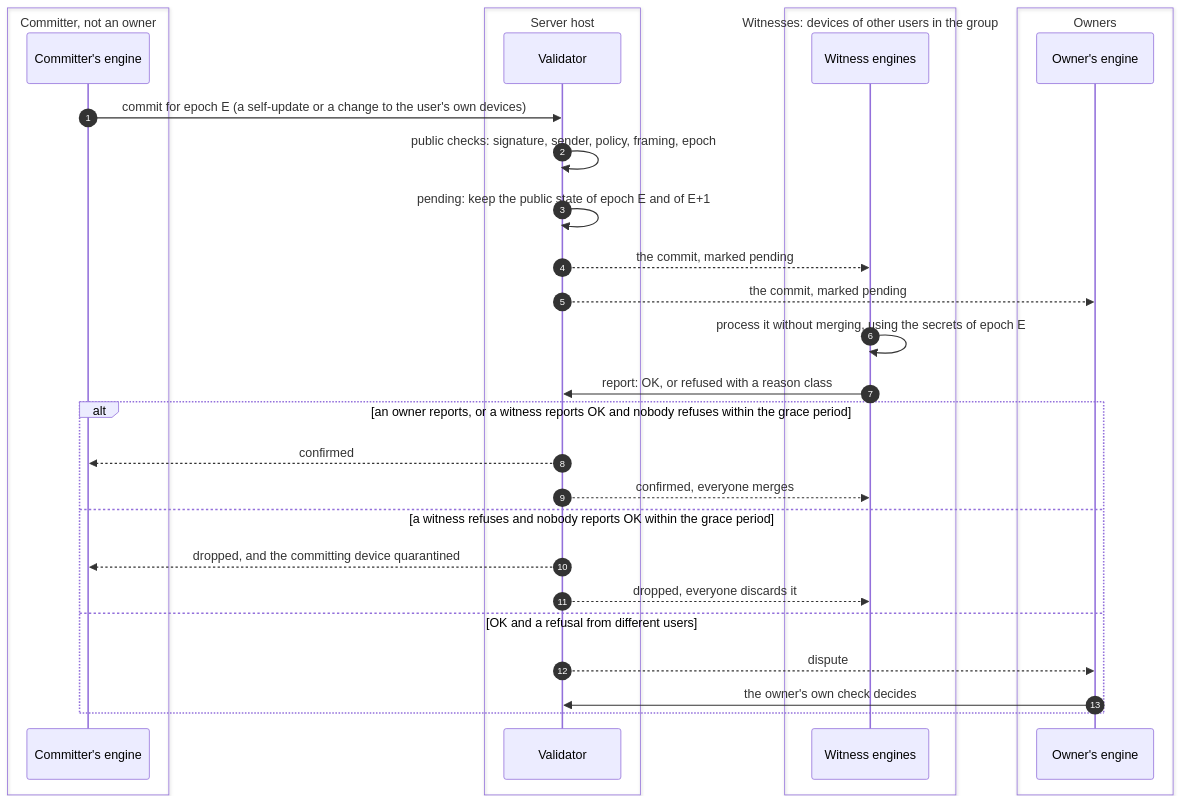
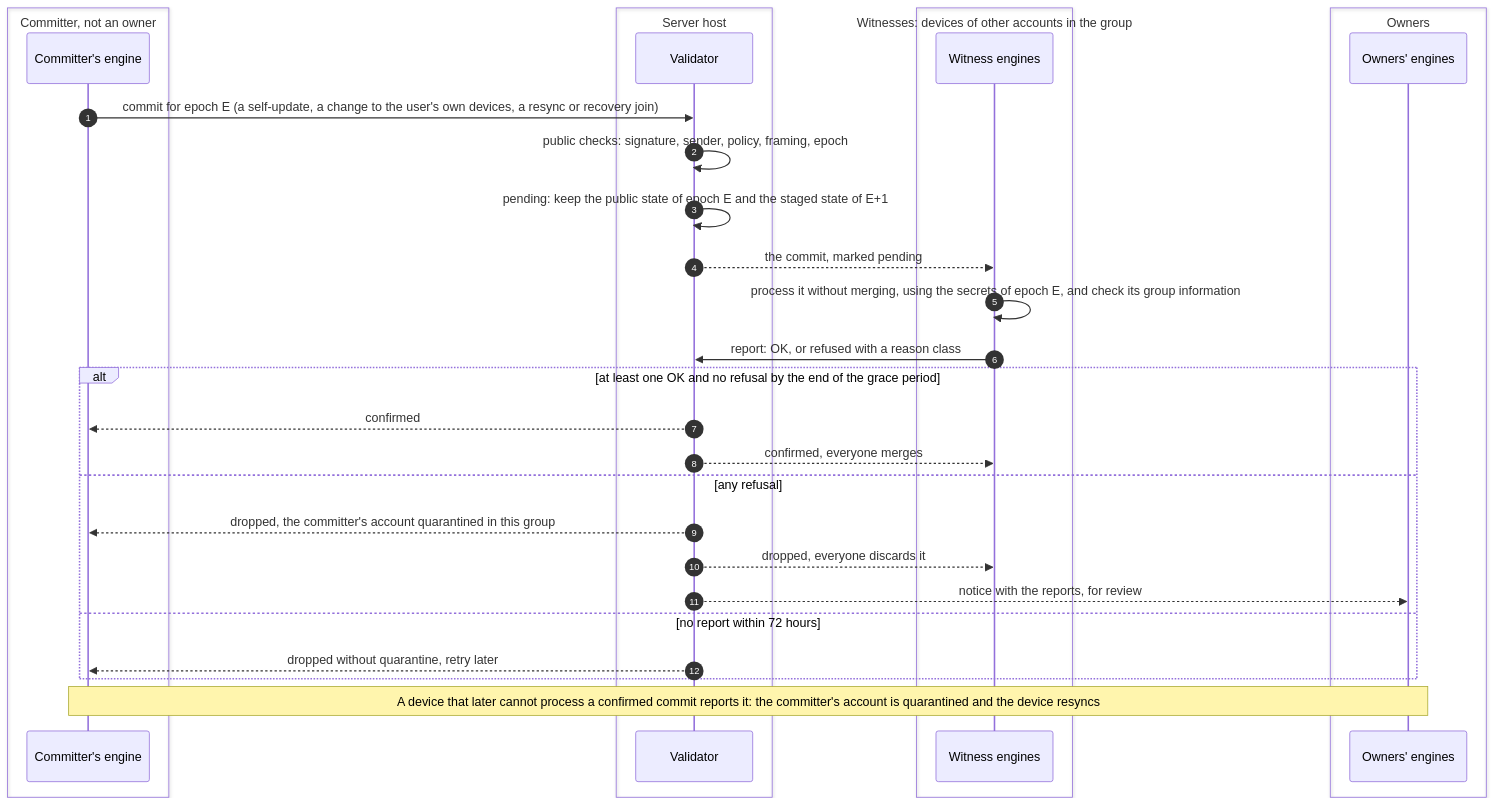
One commit to BayanDocs/docs changed diagram 15 of 21 in specs/threat-model.md. Above: the diagram before and after it, drawn with Mermaid. The commit also changed other lines of this file and 1 other file, not shown here.

First line of the commit message:
docs(specs): revise threat model v1 and Phase-1 server drafts after review (SRV-003)

````diff
--- a/specs/threat-model.md
+++ b/specs/threat-model.md
@@ -833,33 +920,33 @@
 ```mermaid
 sequenceDiagram
   autonumber
   box Committer, not an owner
     participant C as Committer's engine
   end
   box Server host
     participant V as Validator
   end
-  box Witnesses: devices of other users in the group
+  box Witnesses: devices of other accounts in the group
     participant W as Witness engines
   end
   box Owners
-    participant O as Owner's engine
+    participant O as Owners' engines
   end
-  C->>V: commit for epoch E (a self-update or a change to the user's own devices)
+  C->>V: commit for epoch E (a self-update, a change to the user's own devices, a resync or recovery join)
   V->>V: public checks: signature, sender, policy, framing, epoch
-  V->>V: pending: keep the public state of epoch E and of E+1
+  V->>V: pending: keep the public state of epoch E and the staged state of E+1
   V-->>W: the commit, marked pending
-  V-->>O: the commit, marked pending
-  W->>W: process it without merging, using the secrets of epoch E
+  W->>W: process it without merging, using the secrets of epoch E, and check its group information
   W->>V: report: OK, or refused with a reason class
-  alt an owner reports, or a witness reports OK and nobody refuses within the grace period
+  alt at least one OK and no refusal by the end of the grace period
     V-->>C: confirmed
     V-->>W: confirmed, everyone merges
-  else a witness refuses and nobody reports OK within the grace period
-    V-->>C: dropped, and the committing device quarantined
+  else any refusal
+    V-->>C: dropped, the committer's account quarantined in this group
     V-->>W: dropped, everyone discards it
-  else OK and a refusal from different users
-    V-->>O: dispute
-    O->>V: the owner's own check decides
+    V-->>O: notice with the reports, for review
+  else no report within 72 hours
+    V-->>C: dropped without quarantine, retry later
   end
+  Note over C,O: A device that later cannot process a confirmed commit reports it: the committer's account is quarantined and the device resyncs
 ```
````
